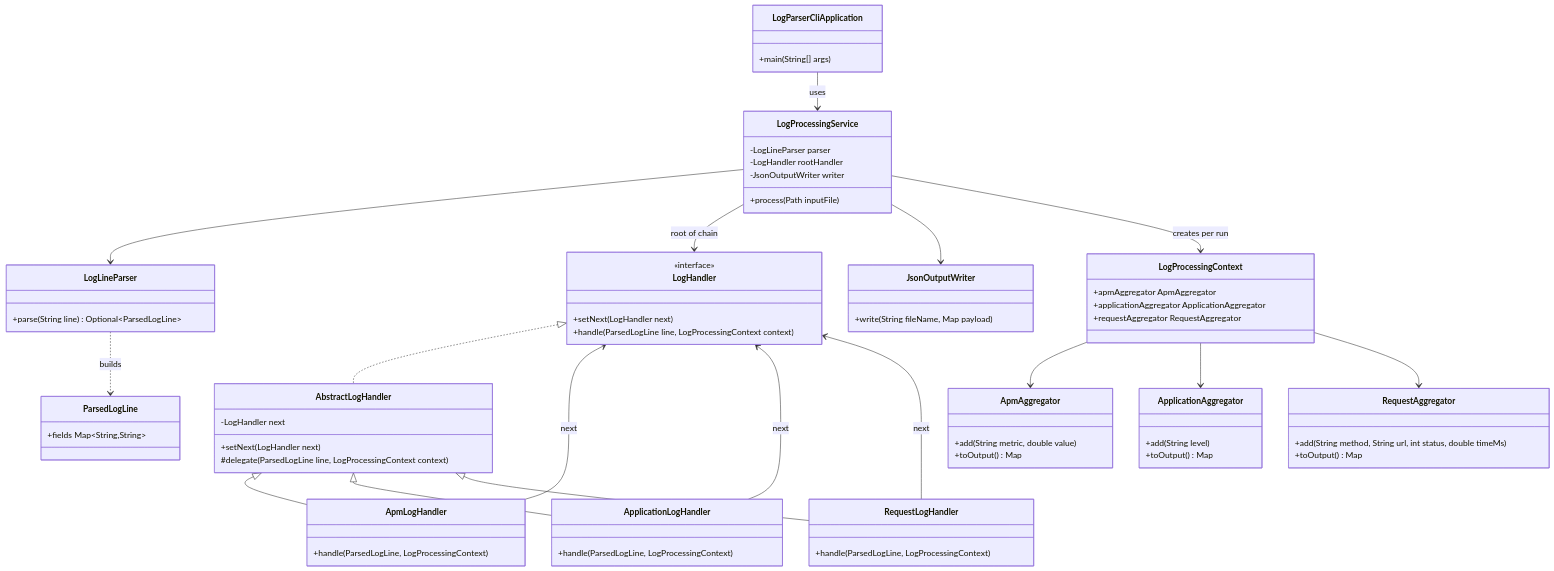
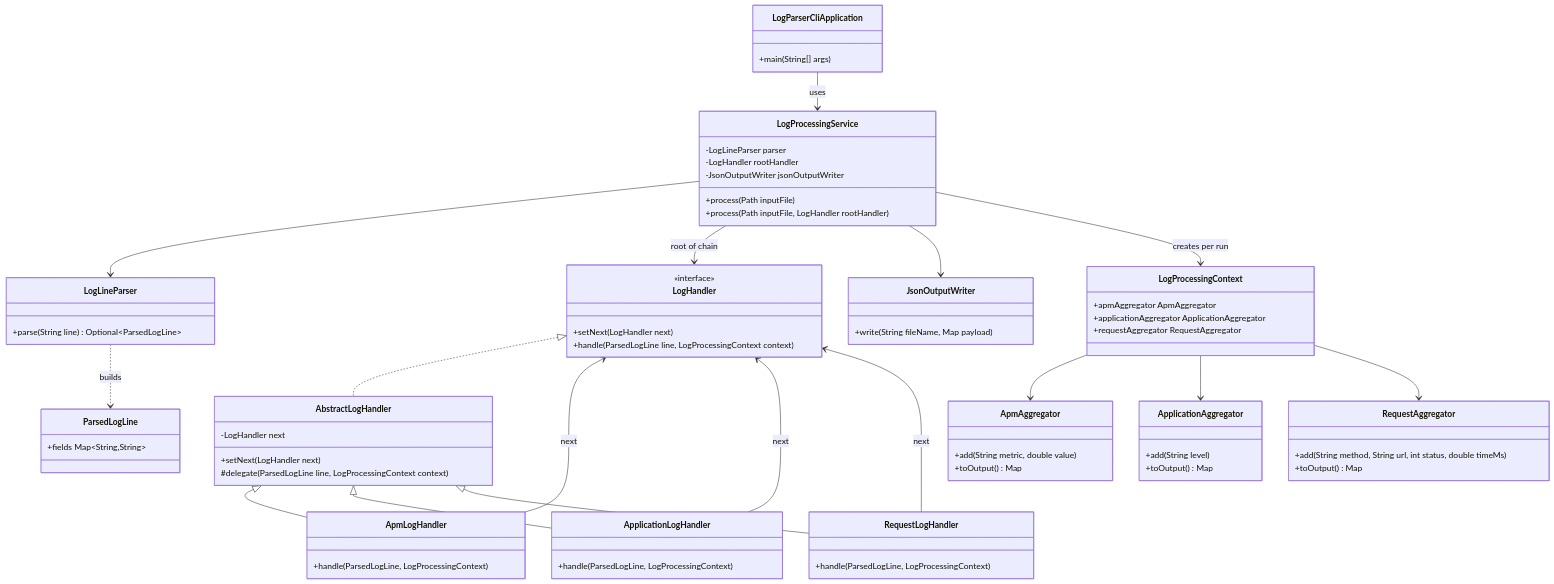
The diagram in project-part-1/PART1_SUBMISSION.md (gopinathsjsu/individual-project-meghagangal362015), drawn with Mermaid before and after one commit. The commit also changed 3 other files, not shown here.

```diff
--- a/project-part-1/PART1_SUBMISSION.md
+++ b/project-part-1/PART1_SUBMISSION.md
@@ -43,8 +43,9 @@
     class LogProcessingService {
         -LogLineParser parser
         -LogHandler rootHandler
-        -JsonOutputWriter writer
+        -JsonOutputWriter jsonOutputWriter
         +process(Path inputFile)
+        +process(Path inputFile, LogHandler rootHandler)
     }
 
     class LogLineParser {
```
